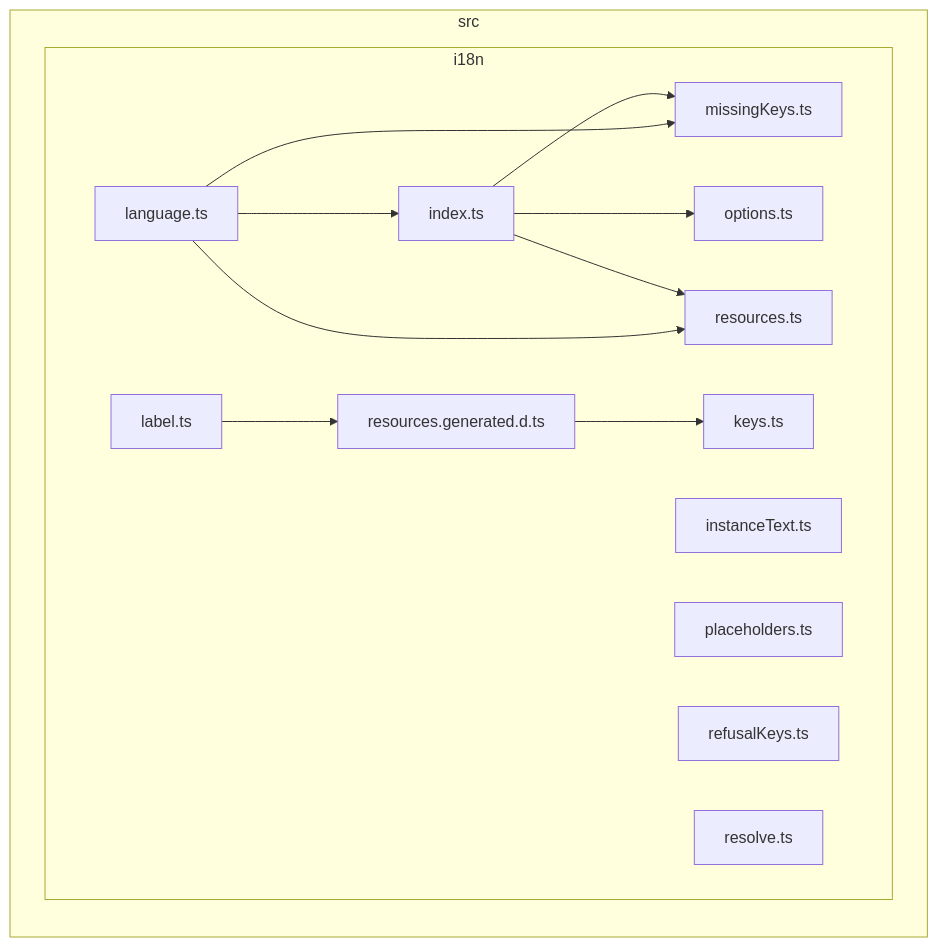
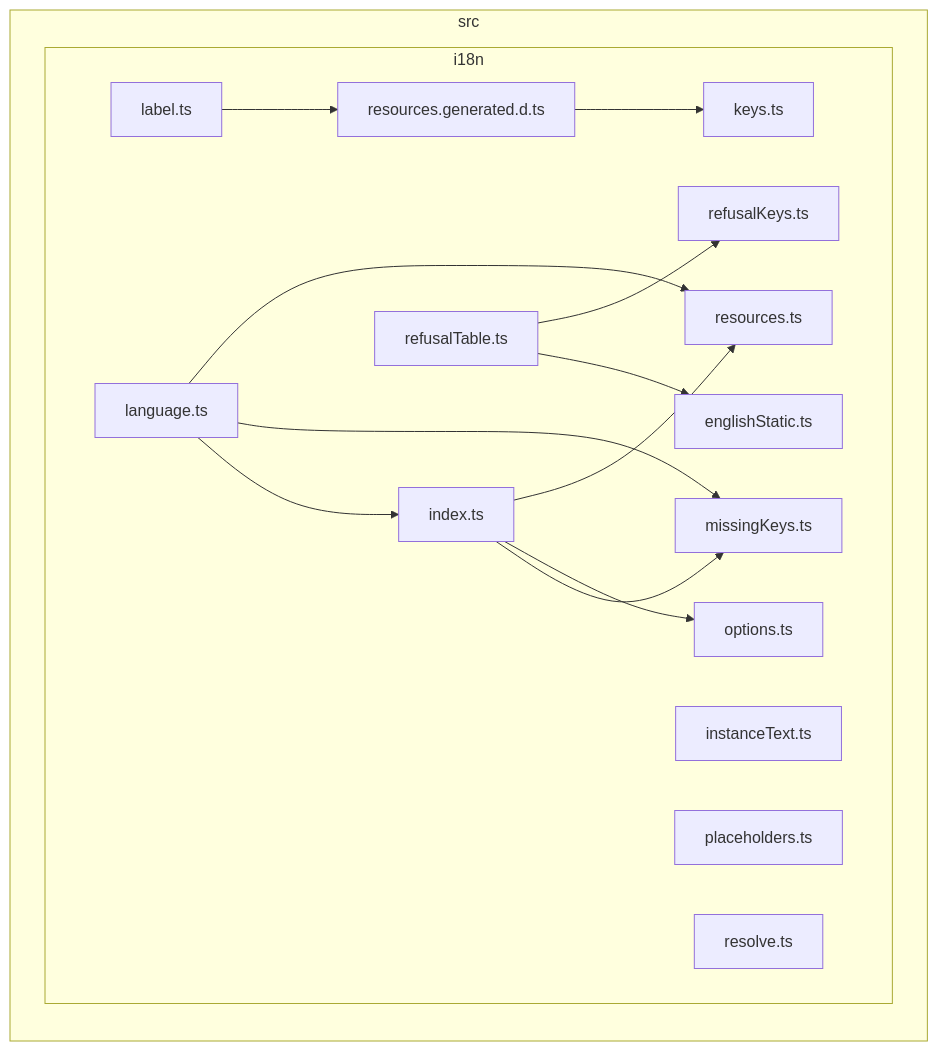
One commit to GonzaloZevallos/apostrophe changed the diagram in docs/architecture/generated/front-modules/i18n.md. Above: the diagram before and after it, drawn with Mermaid. The commit also changed 1 other file, not shown here.

Commit message:
Regenerate the front-modules docs for the new i18n modules

````diff
--- a/docs/architecture/generated/front-modules/i18n.md
+++ b/docs/architecture/generated/front-modules/i18n.md
@@ -7,27 +7,31 @@
 ```mermaid
 flowchart LR
 subgraph src["src"]
   subgraph src_i18n["i18n"]
+    src_i18n_englishStatic_ts["englishStatic.ts"]
     src_i18n_index_ts["index.ts"]
     src_i18n_instanceText_ts["instanceText.ts"]
     src_i18n_keys_ts["keys.ts"]
     src_i18n_label_ts["label.ts"]
     src_i18n_language_ts["language.ts"]
     src_i18n_missingKeys_ts["missingKeys.ts"]
     src_i18n_options_ts["options.ts"]
     src_i18n_placeholders_ts["placeholders.ts"]
     src_i18n_refusalKeys_ts["refusalKeys.ts"]
+    src_i18n_refusalTable_ts["refusalTable.ts"]
     src_i18n_resolve_ts["resolve.ts"]
     src_i18n_resources_generated_d_ts["resources.generated.d.ts"]
     src_i18n_resources_ts["resources.ts"]
   end
 end
 src_i18n_index_ts-->src_i18n_missingKeys_ts
 src_i18n_index_ts-->src_i18n_options_ts
 src_i18n_index_ts-->src_i18n_resources_ts
 src_i18n_label_ts-->src_i18n_resources_generated_d_ts
 src_i18n_language_ts-->src_i18n_index_ts
 src_i18n_language_ts-->src_i18n_missingKeys_ts
 src_i18n_language_ts-->src_i18n_resources_ts
+src_i18n_refusalTable_ts-->src_i18n_englishStatic_ts
+src_i18n_refusalTable_ts-->src_i18n_refusalKeys_ts
 src_i18n_resources_generated_d_ts-->src_i18n_keys_ts
 ```
````
